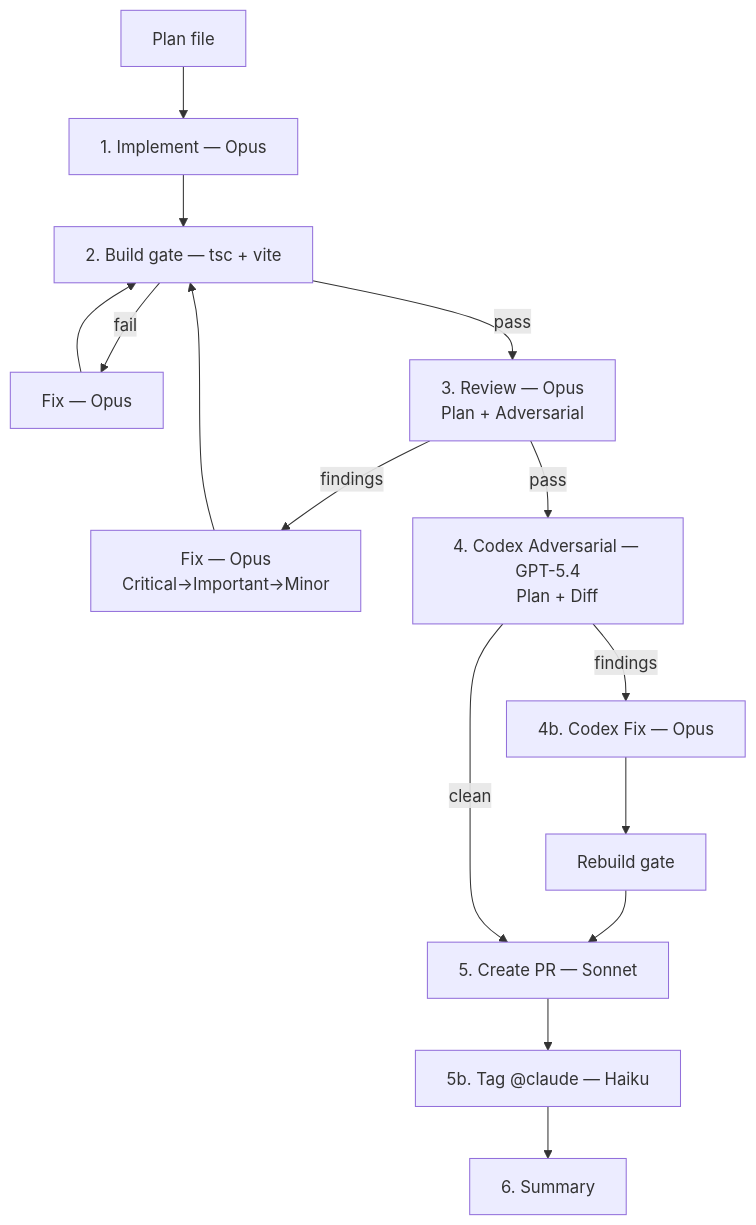
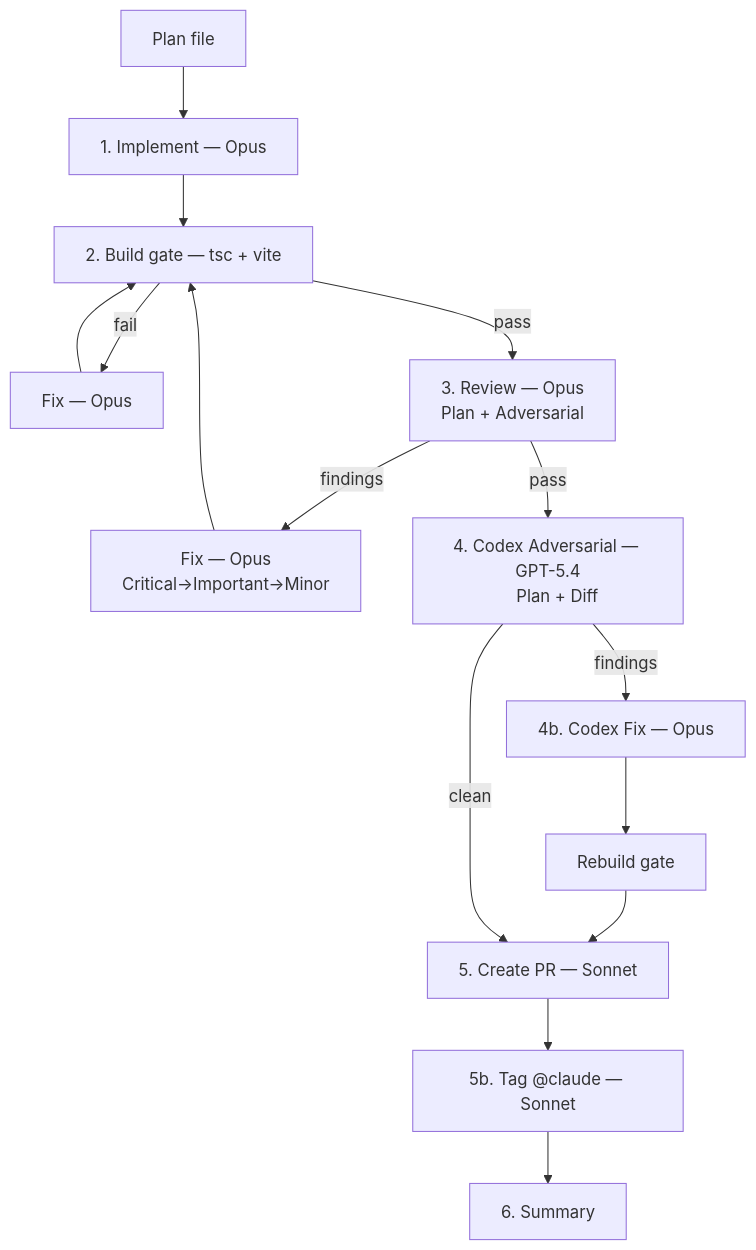
Before and after one commit to ilsantino/iago-os: the first of 3 diagrams in README.md, drawn with Mermaid. The commit also changed other lines of this file and 39 other files, not shown here.

````diff
--- a/README.md
+++ b/README.md
@@ -129,20 +129,20 @@
 ```mermaid
 flowchart TD
     Plan[Plan file] --> Impl[1. Implement — Opus]
     Impl --> Build[2. Build gate — tsc + vite]
     Build -->|fail| Fix[Fix — Opus]
     Fix --> Build
     Build -->|pass| Review["3. Review — Opus
     Plan + Adversarial"]
     Review -->|findings| Fix2["Fix — Opus
     Critical→Important→Minor"]
     Fix2 --> Build
     Review -->|pass| Codex["4. Codex Adversarial — GPT-5.4
     Plan + Diff"]
     Codex -->|findings| CdxFix[4b. Codex Fix — Opus]
     CdxFix --> Rebuild[Rebuild gate]
     Rebuild --> PR[5. Create PR — Sonnet]
     Codex -->|clean| PR
-    PR --> Tag[5b. Tag @claude — Haiku]
+    PR --> Tag[5b. Tag @claude — Sonnet]
     Tag --> Summary[6. Summary]
 ```
````
